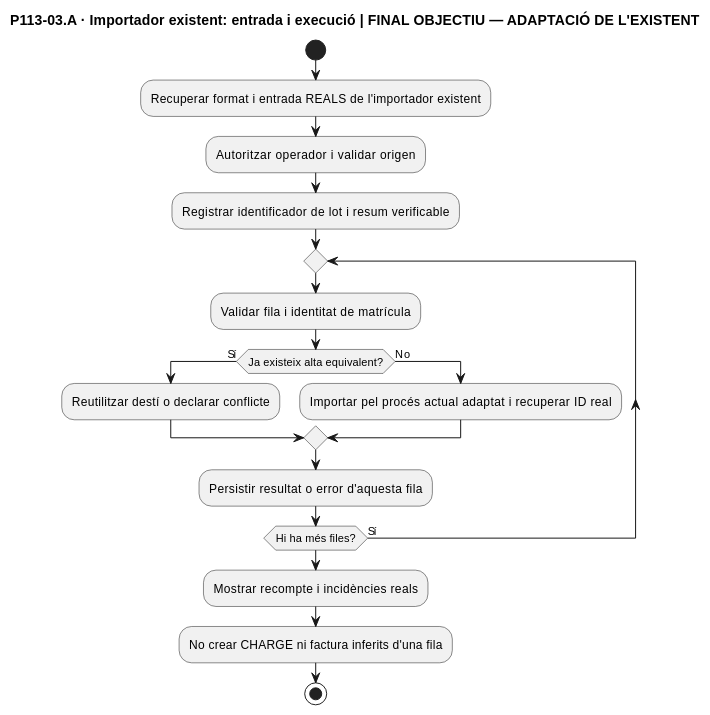
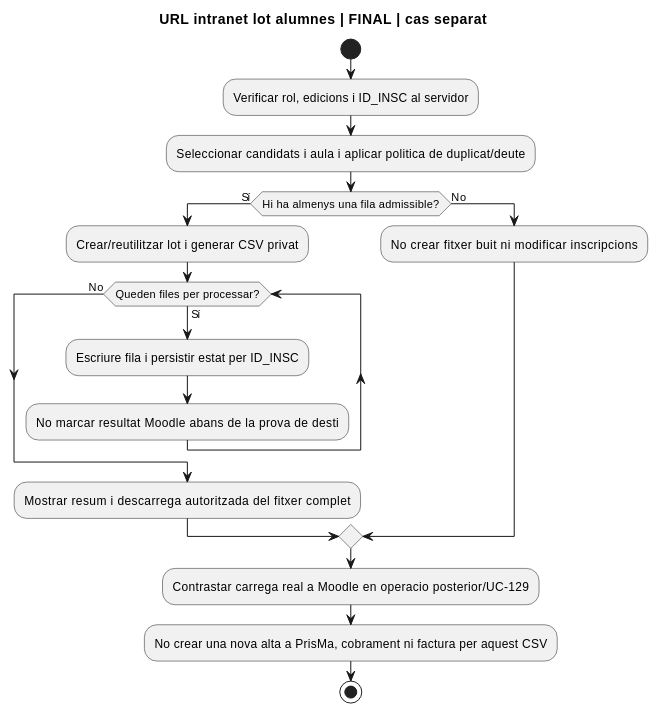
Before and after one commit to orgmeriemprismacat-del/verifactu: the tenth of 14 diagrams in documentacio/07-uml-integrat/uc-113-activitats-alta-manual-i-importador-lot.md, drawn with PlantUML. The commit also changed other lines of this file, not shown here.

Commit message:
docs: replace phantom batch importer with verified intranet URL and actual/final flow

````diff
--- a/documentacio/07-uml-integrat/uc-113-activitats-alta-manual-i-importador-lot.md
+++ b/documentacio/07-uml-integrat/uc-113-activitats-alta-manual-i-importador-lot.md
@@ -217,21 +220,21 @@
 ```plantuml
 @startuml
-title P113-03.A · Importador existent: entrada i execució | FINAL OBJECTIU — ADAPTACIÓ DE L'EXISTENT
+title URL intranet lot alumnes | FINAL | cas separat
 start
-:Recuperar format i entrada REALS de l'importador existent;
-:Autoritzar operador i validar origen;
-:Registrar identificador de lot i resum verificable;
-repeat
-  :Validar fila i identitat de matrícula;
-  if (Ja existeix alta equivalent?) then (Sí)
-    :Reutilitzar destí o declarar conflicte;
-  else (No)
-    :Importar pel procés actual adaptat i recuperar ID real;
-  endif
-  :Persistir resultat o error d'aquesta fila;
-repeat while (Hi ha més files?) is (Sí)
-:Mostrar recompte i incidències reals;
-:No crear CHARGE ni factura inferits d'una fila;
+:Verificar rol, edicions i ID_INSC al servidor;
+:Seleccionar candidats i aula i aplicar politica de duplicat/deute;
+if (Hi ha almenys una fila admissible?) then (Sí)
+  :Crear/reutilitzar lot i generar CSV privat;
+  while (Queden files per processar?) is (Sí)
+    :Escriure fila i persistir estat per ID_INSC;
+    :No marcar resultat Moodle abans de la prova de desti;
+  endwhile (No)
+  :Mostrar resum i descarrega autoritzada del fitxer complet;
+else (No)
+  :No crear fitxer buit ni modificar inscripcions;
+endif
+:Contrastar carrega real a Moodle en operacio posterior/UC-129;
+:No crear una nova alta a PrisMa, cobrament ni factura per aquest CSV;
 stop
 @enduml
 ```
````
